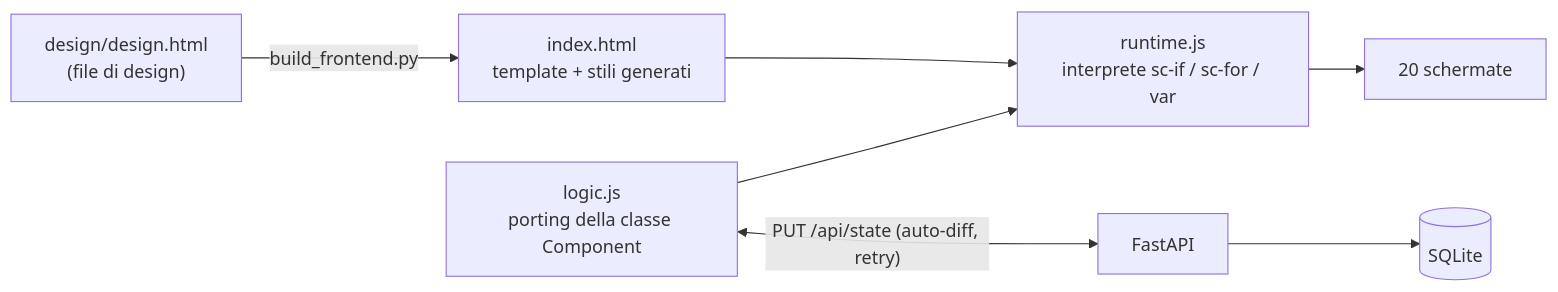
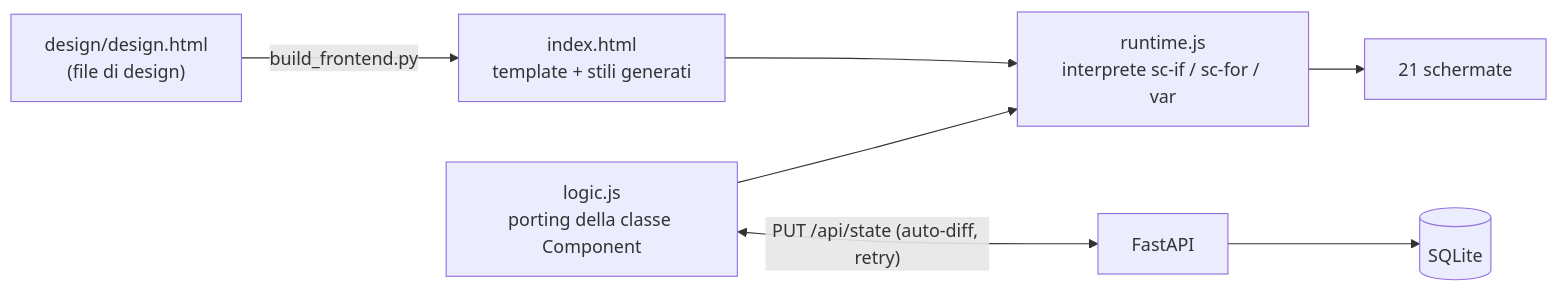
One commit to It-Energy-Ai/Logistica_Gas_Natural_Up_Stream changed the diagram in README.md. Above: the diagram before and after it, drawn with Mermaid. The commit also changed other lines of this file and 10 other files, not shown here.

````diff
--- a/README.md
+++ b/README.md
@@ -78,9 +78,9 @@
 ```mermaid
 flowchart LR
     D["design/design.html<br>(file di design)"] -->|build_frontend.py| T["index.html<br>template + stili generati"]
     T --> R["runtime.js<br>interprete sc-if / sc-for / var"]
     L["logic.js<br>porting della classe Component"] --> R
-    R --> UI["20 schermate"]
+    R --> UI["21 schermate"]
     L <-->|"PUT /api/state (auto-diff, retry)"| B["FastAPI"]
     B --> DB[("SQLite")]
 ```
````
